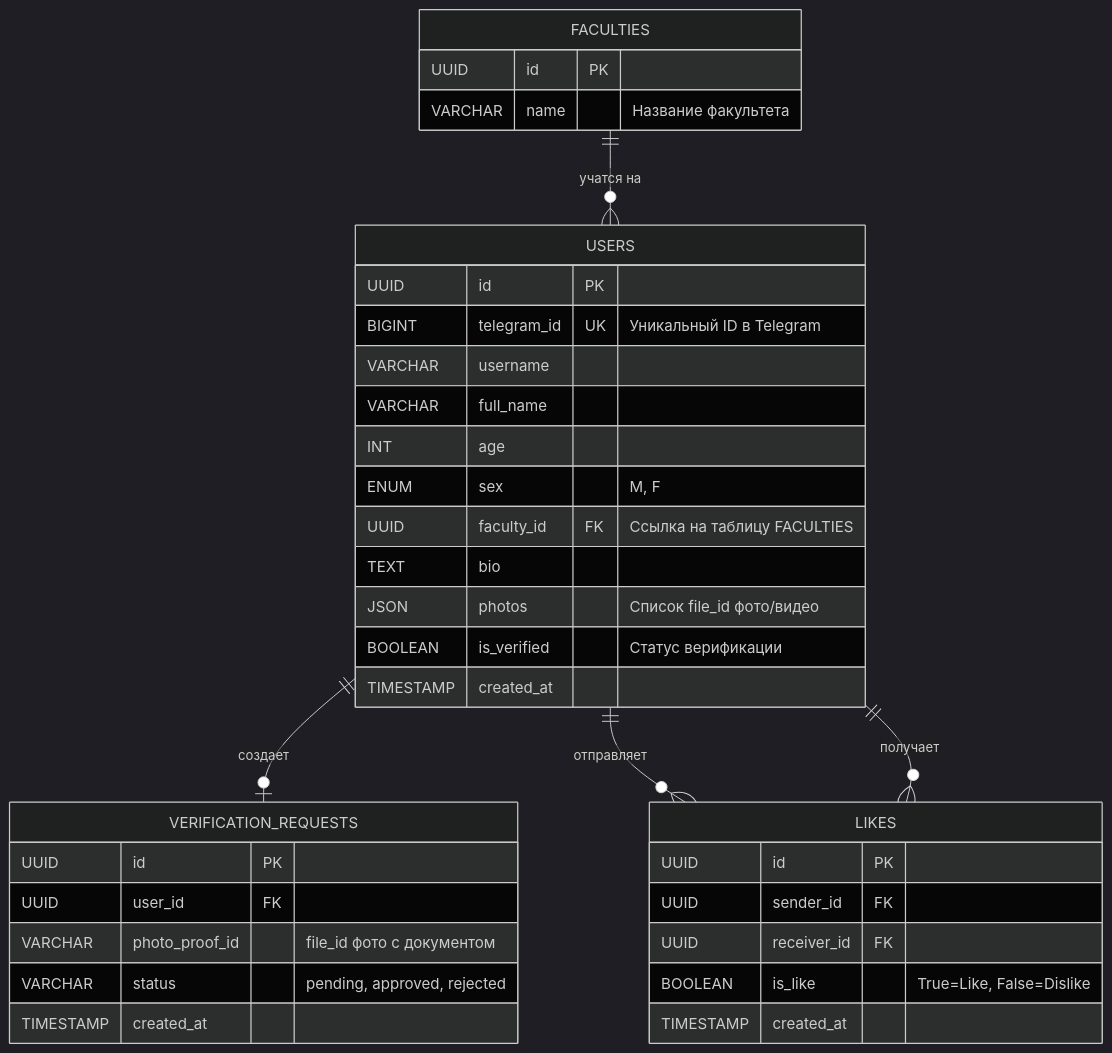
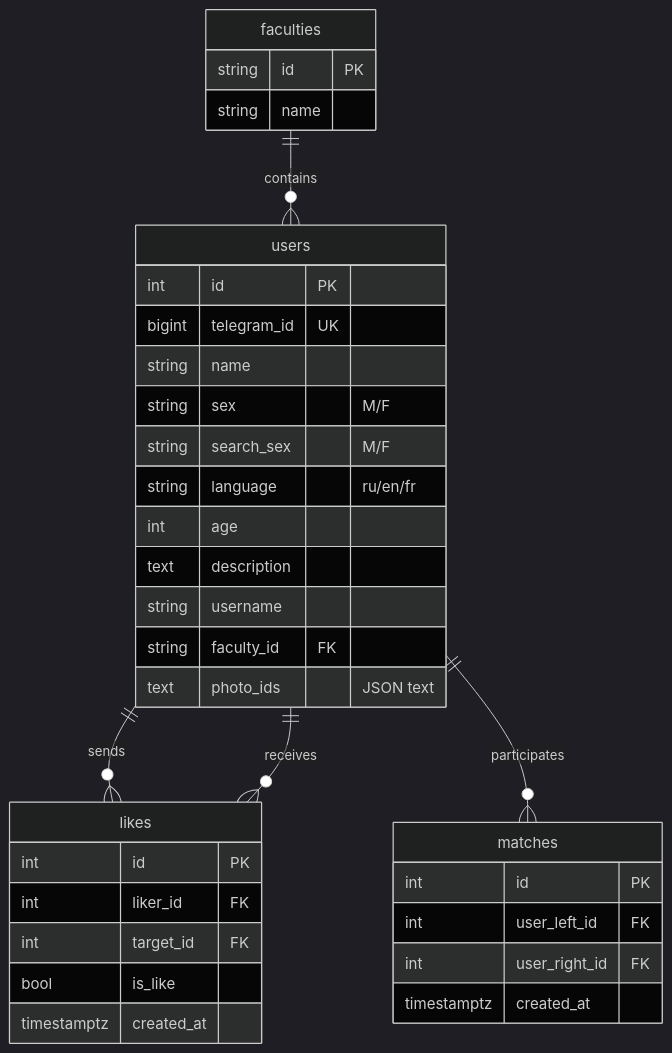
The first of 4 diagrams in Python_Project.md (fpetrov/DateMate), drawn with Mermaid (dark theme) before and after one commit. The commit also changed other lines of this file, not shown here.

Commit message:
Update documentation for current bot flow

````diff
--- a/Python_Project.md
+++ b/Python_Project.md
@@ -63,42 +41,41 @@
 ```mermaid
 erDiagram
-    FACULTIES {
-        UUID id PK
-        VARCHAR name "Название факультета"
+    faculties {
+        string id PK
+        string name
     }
 
-    USERS {
-        UUID id PK
-        BIGINT telegram_id UK "Уникальный ID в Telegram"
-        VARCHAR username
-        VARCHAR full_name
-        INT age
-        ENUM sex "M, F"
-        UUID faculty_id FK "Ссылка на таблицу FACULTIES"
-        TEXT bio
-        JSON photos "Список file_id фото/видео"
-        BOOLEAN is_verified "Статус верификации"
-        TIMESTAMP created_at
+    users {
+        int id PK
+        bigint telegram_id UK
+        string name
+        string sex "M/F"
+        string search_sex "M/F"
+        string language "ru/en/fr"
+        int age
+        text description
+        string username
+        string faculty_id FK
+        text photo_ids "JSON text"
     }
 
-    VERIFICATION_REQUESTS {
-        UUID id PK
-        UUID user_id FK
-        VARCHAR photo_proof_id "file_id фото с документом"
-        VARCHAR status "pending, approved, rejected"
-        TIMESTAMP created_at
+    likes {
+        int id PK
+        int liker_id FK
+        int target_id FK
+        bool is_like
+        timestamptz created_at
     }
 
-    LIKES {
-        UUID id PK
-        UUID sender_id FK
-        UUID receiver_id FK
-        BOOLEAN is_like "True=Like, False=Dislike"
-        TIMESTAMP created_at
+    matches {
+        int id PK
+        int user_left_id FK
+        int user_right_id FK
+        timestamptz created_at
     }
 
-    USERS ||--o| VERIFICATION_REQUESTS : создает
-    USERS ||--o{ LIKES : отправляет
-    USERS ||--o{ LIKES : получает
-    FACULTIES ||--o{ USERS : "учатся на"
+    faculties ||--o{ users : contains
+    users ||--o{ likes : sends
+    users ||--o{ likes : receives
+    users ||--o{ matches : participates
 ```
````
